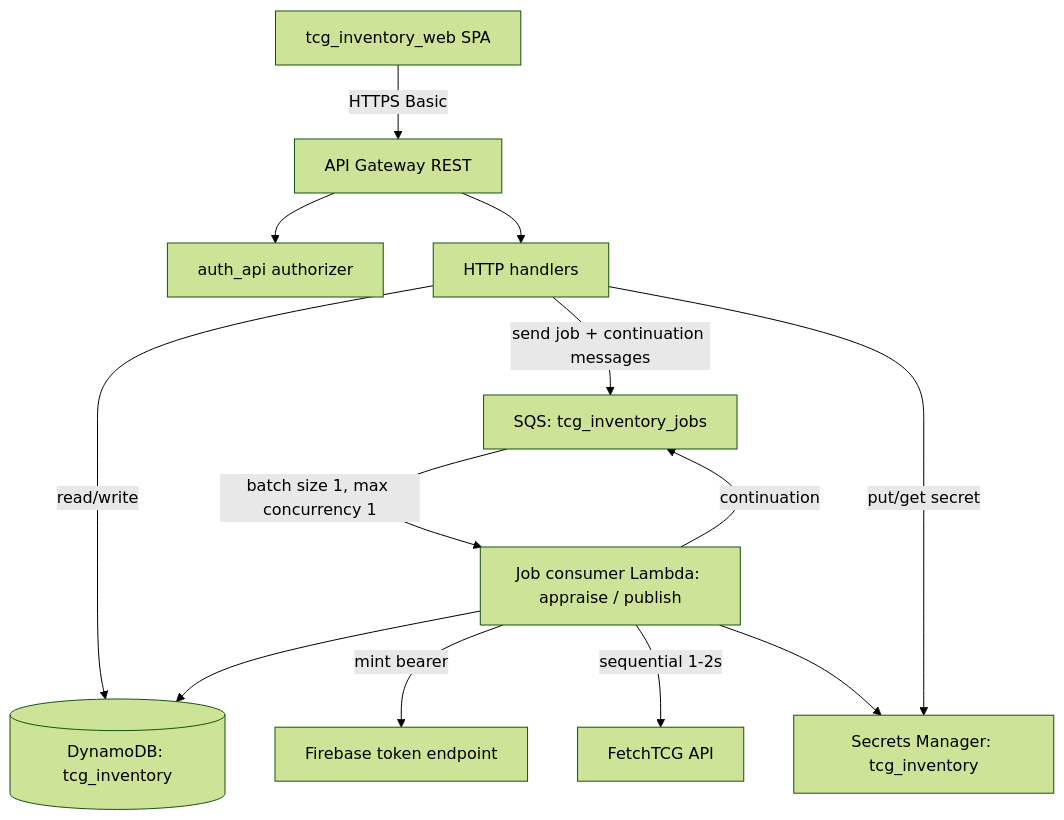
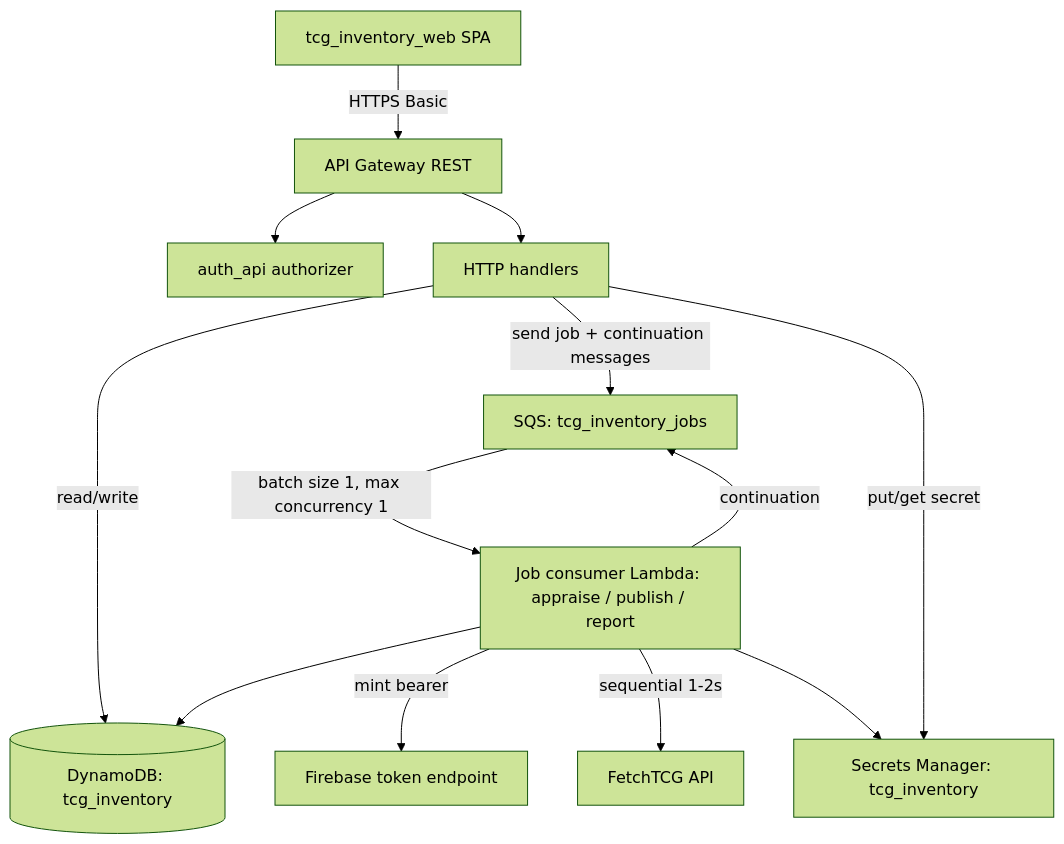
One commit to jordansimsmith/jordansimsmith-com changed the first of 2 diagrams in tcg_inventory_api/README.md. Above: the diagram before and after it, drawn with Mermaid (forest theme). The commit also changed other lines of this file and 1 other file, not shown here.

````diff
--- a/tcg_inventory_api/README.md
+++ b/tcg_inventory_api/README.md
@@ -47,15 +49,15 @@
 ```mermaid
 flowchart TD
   web[tcg_inventory_web SPA] -->|HTTPS Basic| apigw[API Gateway REST]
   apigw --> authz[auth_api authorizer]
   apigw --> http[HTTP handlers]
   http -->|read/write| ddb[(DynamoDB: tcg_inventory)]
   http -->|send job + continuation messages| sqs[SQS: tcg_inventory_jobs]
-  sqs -->|batch size 1, max concurrency 1| jobs[Job consumer Lambda: appraise / publish]
+  sqs -->|batch size 1, max concurrency 1| jobs[Job consumer Lambda: appraise / publish / report]
   jobs --> ddb
   jobs -->|continuation| sqs
   jobs -->|mint bearer| firebase[Firebase token endpoint]
   jobs -->|sequential 1-2s| fetchtcg[FetchTCG API]
   http -->|put/get secret| secrets[Secrets Manager: tcg_inventory]
   jobs --> secrets
 ```
````
